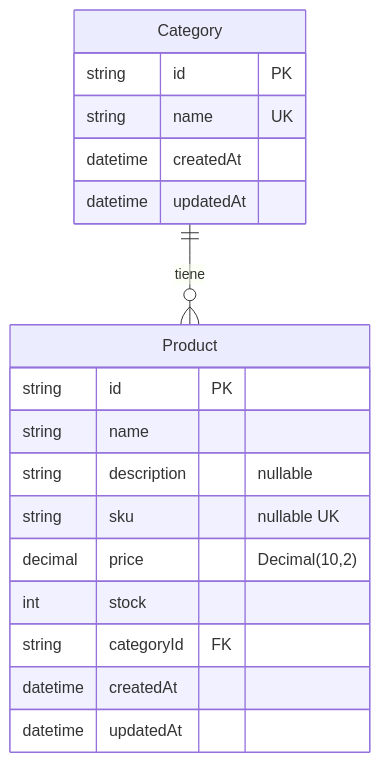
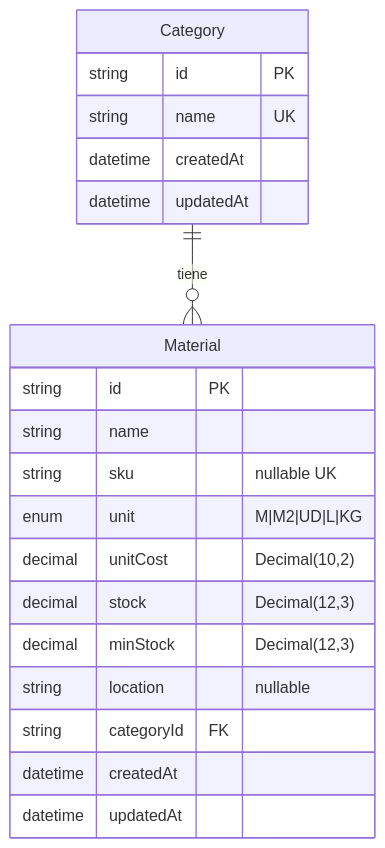
Before and after one commit to dnhosemacs-svg/nextjs-boilerplate: the diagram in docs/arquitectura.md, drawn with Mermaid. The commit also changed other lines of this file, not shown here.

````diff
--- a/docs/arquitectura.md
+++ b/docs/arquitectura.md
@@ -127,23 +127,25 @@
 ```mermaid
 erDiagram
-  Category ||--o{ Product : "tiene"
+  Category ||--o{ Material : "tiene"
 
   Category {
     string id PK
     string name UK
     datetime createdAt
     datetime updatedAt
   }
 
-  Product {
+  Material {
     string id PK
     string name
-    string description "nullable"
     string sku "nullable UK"
-    decimal price "Decimal(10,2)"
-    int stock
+    enum unit "M|M2|UD|L|KG"
+    decimal unitCost "Decimal(10,2)"
+    decimal stock "Decimal(12,3)"
+    decimal minStock "Decimal(12,3)"
+    string location "nullable"
     string categoryId FK
     datetime createdAt
     datetime updatedAt
   }
 ```
````
